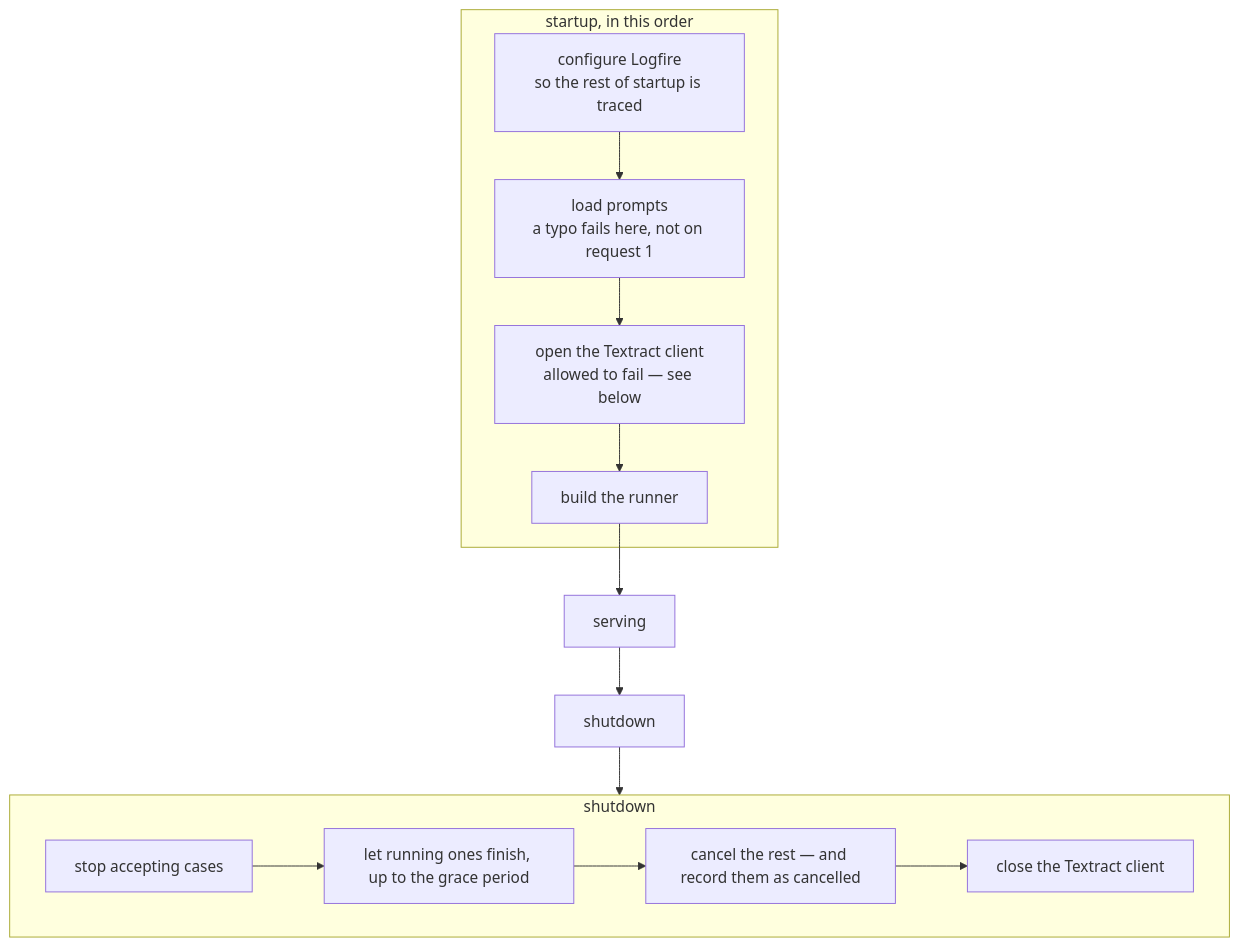
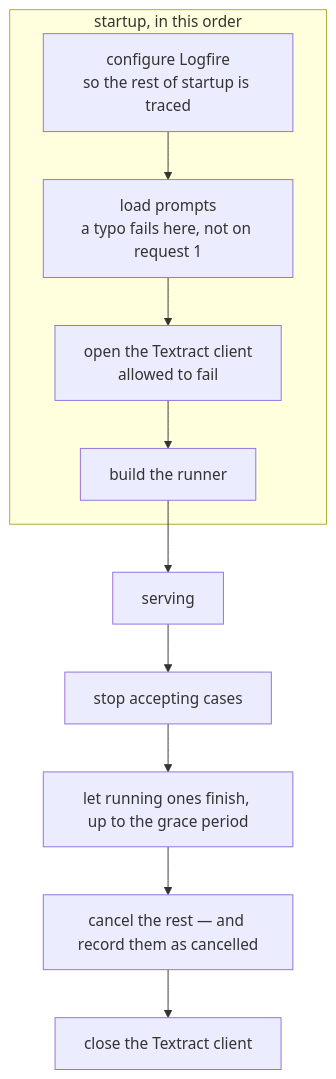
The fifth of 5 diagrams in backend/Detector/api/README.md (selvakumarperumal/Trade_Finance_Doc_Mismatch_Detector), drawn with Mermaid before and after one commit. The commit also changed other lines of this file and 5 other files, not shown here.

Commit message:
docs: enrich ARCHITECTURE.md and subpackage READMEs with diagrams and technical deep dives

````diff
--- a/backend/Detector/api/README.md
+++ b/backend/Detector/api/README.md
@@ -141,18 +360,15 @@
 ```mermaid
 flowchart TD
     subgraph START["startup, in this order"]
         S1["configure Logfire<br/>so the rest of startup is traced"]
         S2["load prompts<br/>a typo fails here, not on request 1"]
-        S3["open the Textract client<br/>allowed to fail — see below"]
+        S3["open the Textract client<br/>allowed to fail"]
         S4["build the runner"]
         S1 --> S2 --> S3 --> S4
     end
     S4 --> SERVE["serving"]
-    SERVE --> SD["shutdown"]
-    subgraph SD2["shutdown"]
-        D1["stop accepting cases"] --> D2["let running ones finish, up to the grace period"]
-        D2 --> D3["cancel the rest — and record them as cancelled"]
-        D3 --> D4["close the Textract client"]
-    end
-    SD --> SD2
+    SERVE --> D1["stop accepting cases"]
+    D1 --> D2["let running ones finish, up to the grace period"]
+    D2 --> D3["cancel the rest — and record them as cancelled"]
+    D3 --> D4["close the Textract client"]
 ```
````
